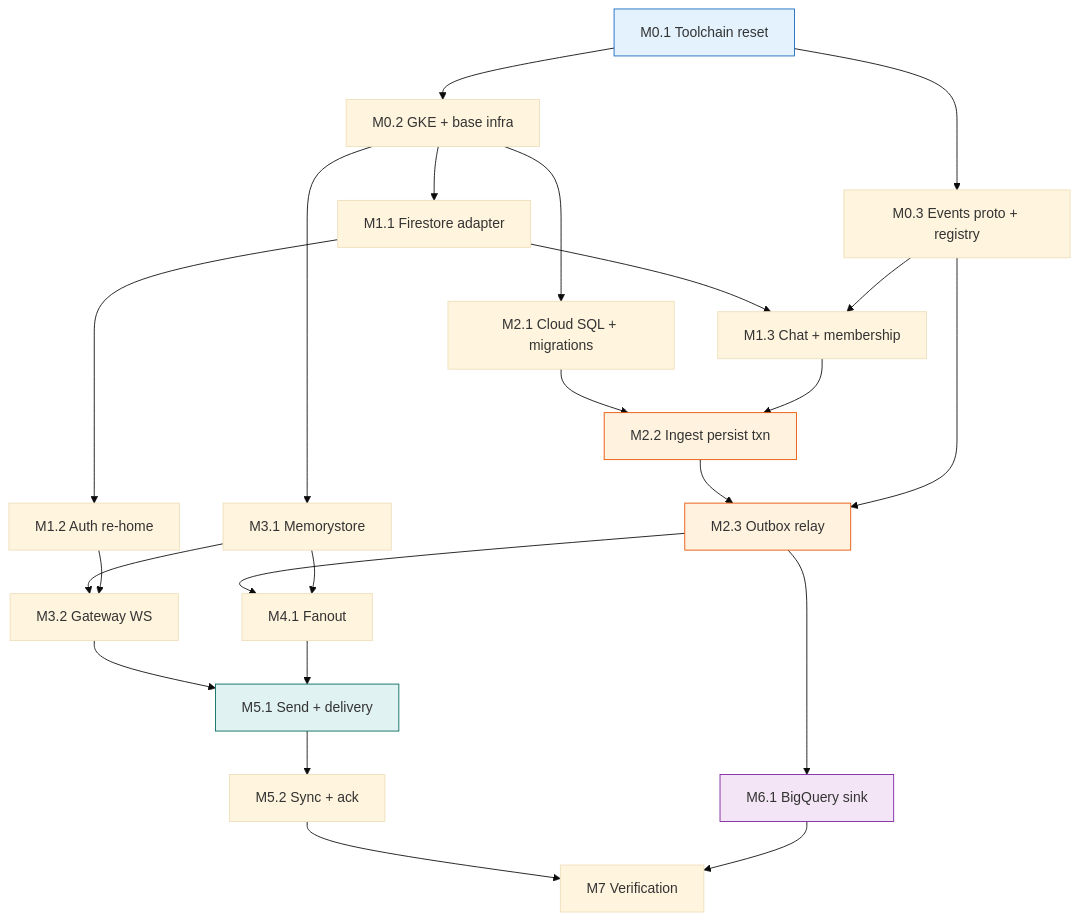
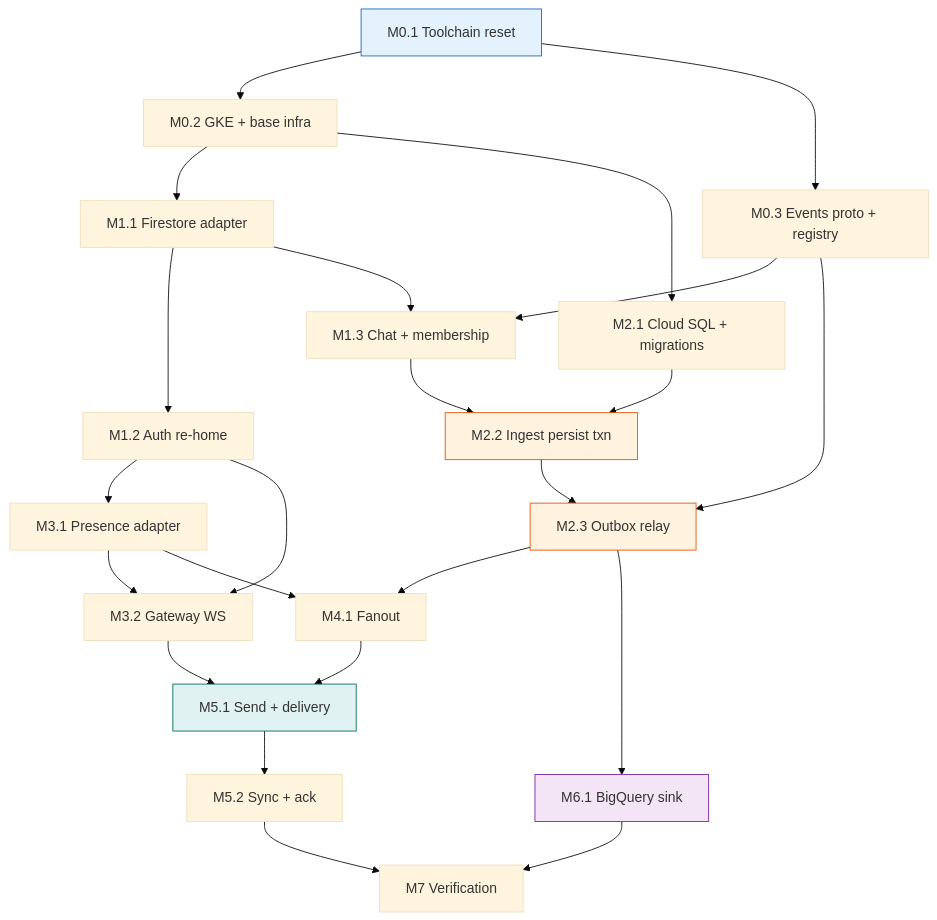
One commit to ae-lexs/realtime-messaging-platform changed the diagram in docs/EXECUTION_PLAN.md. Above: the diagram before and after it, drawn with Mermaid (base theme). The commit also changed other lines of this file and 92 other files, not shown here.

````diff
--- a/docs/EXECUTION_PLAN.md
+++ b/docs/EXECUTION_PLAN.md
@@ -182,30 +195,30 @@
 ```mermaid
 flowchart TD
     M01["M0.1 Toolchain reset"] --> M02["M0.2 GKE + base infra"]
     M01 --> M03["M0.3 Events proto + registry"]
     M02 --> M11["M1.1 Firestore adapter"]
     M11 --> M12["M1.2 Auth re-home"]
     M11 --> M13["M1.3 Chat + membership"]
     M03 --> M13
     M02 --> M21["M2.1 Cloud SQL + migrations"]
     M21 --> M22["M2.2 Ingest persist txn"]
     M13 --> M22
     M22 --> M23["M2.3 Outbox relay"]
     M03 --> M23
-    M02 --> M31["M3.1 Memorystore"]
+    M12 --> M31["M3.1 Presence adapter"]
     M31 --> M32["M3.2 Gateway WS"]
     M12 --> M32
     M23 --> M41["M4.1 Fanout"]
     M31 --> M41
     M32 --> M51["M5.1 Send + delivery"]
     M41 --> M51
     M51 --> M52["M5.2 Sync + ack"]
     M23 --> M61["M6.1 BigQuery sink"]
     M52 --> M7["M7 Verification"]
     M61 --> M7
     style M01 fill:#e3f2fd,stroke:#1565c0
     style M22 fill:#fff3e0,stroke:#e65100
     style M23 fill:#fff3e0,stroke:#e65100
     style M51 fill:#e0f2f1,stroke:#00695c
     style M61 fill:#f3e5f5,stroke:#7b1fa2
 ```
````
